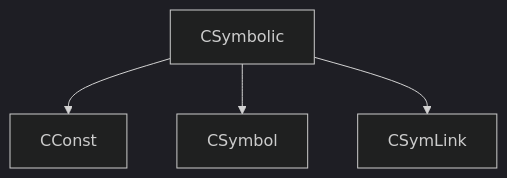
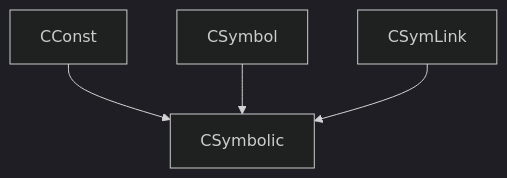
One commit to salehjg/Cereal-Cpp-Examples changed the diagram in readme.md. Above: the diagram before and after it, drawn with Mermaid (dark theme).

````diff
--- a/readme.md
+++ b/readme.md
@@ -4,6 +4,6 @@
 ```mermaid
 graph TD;
-  CSymbolic-->CConst;
-  CSymbolic-->CSymbol;
-  CSymbolic-->CSymLink;
+  CConst-->CSymbolic;
+  CSymbol-->CSymbolic;
+  CSymLink-->CSymbolic;
 ```
````
